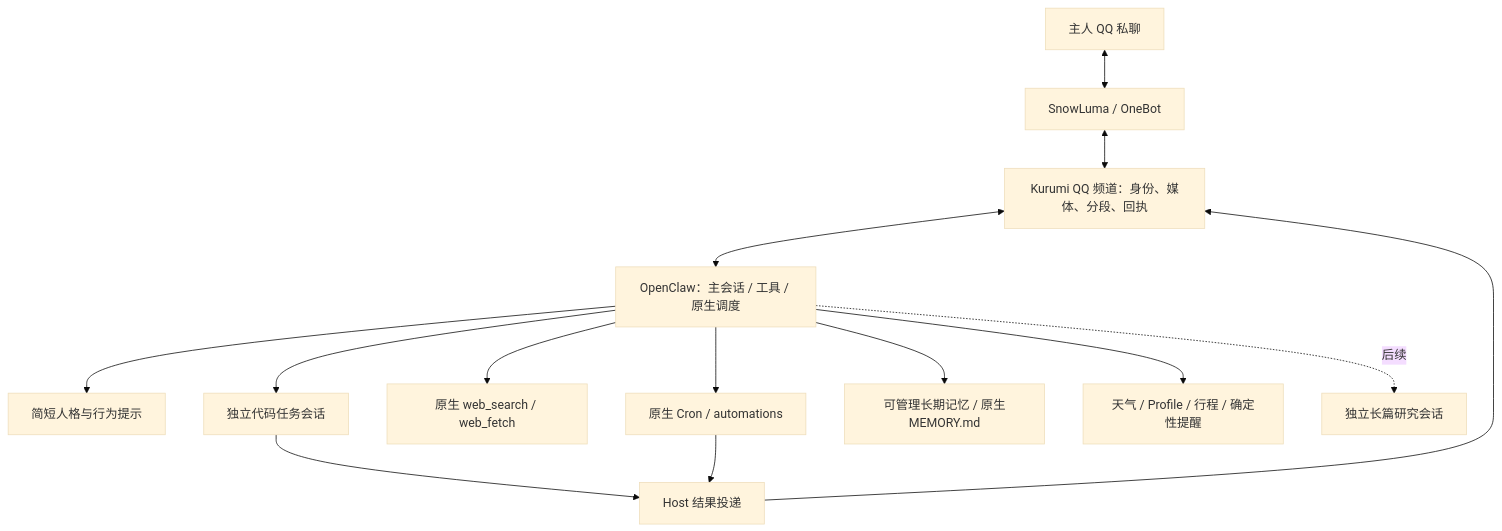
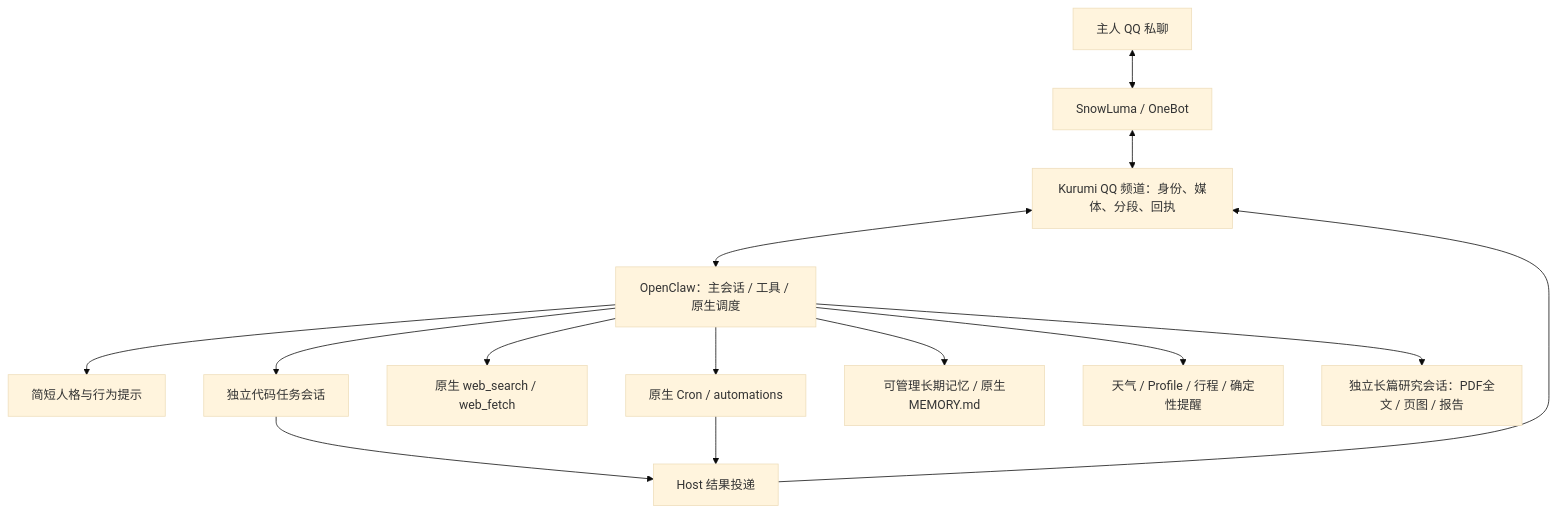
The diagram in docs/9_QQ融合助手架构与开发计划.md (zsh-afrangry/MyBot), drawn with Mermaid (base theme) before and after one commit. The commit also changed other lines of this file and 14 other files, not shown here.

````diff
--- a/docs/9_QQ融合助手架构与开发计划.md
+++ b/docs/9_QQ融合助手架构与开发计划.md
@@ -36,16 +36,16 @@
 ```mermaid
 flowchart TD
   Q[主人 QQ 私聊] <--> S[SnowLuma / OneBot]
   S <--> C[Kurumi QQ 频道：身份、媒体、分段、回执]
   C <--> O[OpenClaw：主会话 / 工具 / 原生调度]
   O --> P[简短人格与行为提示]
   O --> W[独立代码任务会话]
   O --> R[原生 web_search / web_fetch]
   O --> T[原生 Cron / automations]
   W --> D[Host 结果投递]
   T --> D
   D --> C
   O --> M[可管理长期记忆 / 原生MEMORY.md]
   O --> B[天气 / Profile / 行程 / 确定性提醒]
-  O -. 后续 .-> L[独立长篇研究会话]
+  O --> L[独立长篇研究会话：PDF全文 / 页图 / 报告]
 ```
````
